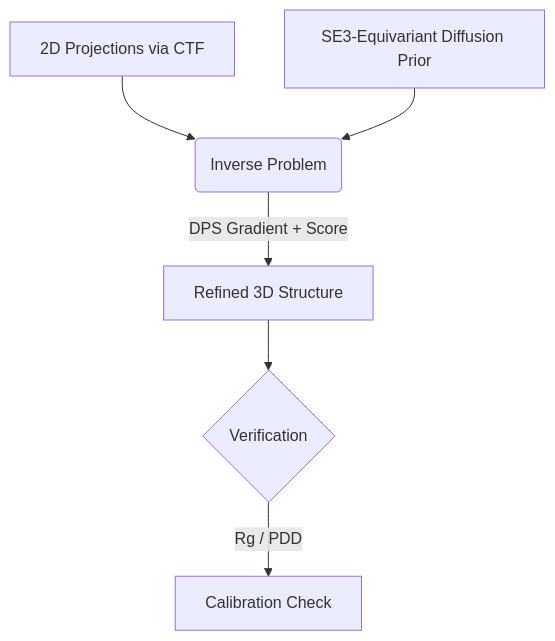
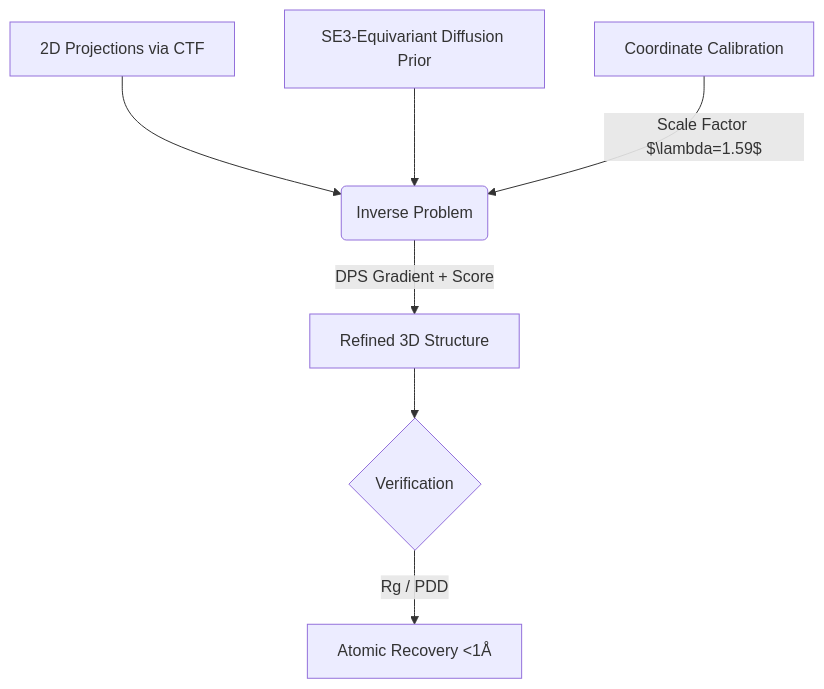
Before and after one commit to QntmSeer/FrostByte: the diagram in README.md, drawn with Mermaid.

Commit message:
Docs: Update architecture diagram to show calibration in loop

````diff
--- a/README.md
+++ b/README.md
@@ -25,8 +25,9 @@
 ```mermaid
 graph TD;
     A[2D Projections via CTF] --> B(Inverse Problem);
     C[SE3-Equivariant Diffusion Prior] --> B;
-    B -->|DPS Gradient + Score| D[Refined 3D Structure];
-    D --> E{Verification};
-    E -->|Rg / PDD| F[Calibration Check];
+    D[Coordinate Calibration] -->|Scale Factor $\lambda=1.59$| B;
+    B -->|DPS Gradient + Score| E[Refined 3D Structure];
+    E --> F{Verification};
+    F -->|Rg / PDD| G[Atomic Recovery <1Å];
 ```
````
